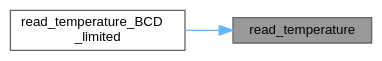
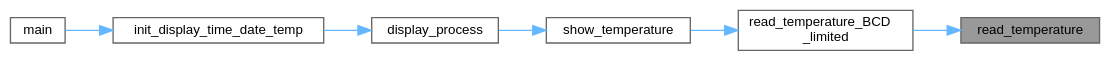
One commit to Ghaadyy/elevator-controller changed the diagram in dev/tempr_8c_aed59bb30213aec95f169ab0215d017a3_icgraph.dot. Above: the diagram before and after it, drawn with Graphviz. The commit also changed 80 other files, not shown here.

```diff
--- a/dev/tempr_8c_aed59bb30213aec95f169ab0215d017a3_icgraph.dot
+++ b/dev/tempr_8c_aed59bb30213aec95f169ab0215d017a3_icgraph.dot
@@ -1,11 +1,19 @@
 digraph "read_temperature"
 {
  // LATEX_PDF_SIZE
   bgcolor="transparent";
   edge [fontname=Helvetica,fontsize=10,labelfontname=Helvetica,labelfontsize=10];
   node [fontname=Helvetica,fontsize=10,shape=box,height=0.2,width=0.4];
   rankdir="RL";
   Node1 [id="Node000001",label="read_temperature",height=0.2,width=0.4,color="gray40", fillcolor="grey60", style="filled", fontcolor="black",tooltip="Get the temperature."];
   Node1 -> Node2 [id="edge1_Node000001_Node000002",dir="back",color="steelblue1",style="solid",tooltip=" "];
   Node2 [id="Node000002",label="read_temperature_BCD\l_limited",height=0.2,width=0.4,color="grey40", fillcolor="white", style="filled",URL="$tempr_8c.html#ae4bae2d28c2da41a357799d6387d0eaa",tooltip="Get the temperature in BCD format limited to 2 digits."];
+  Node2 -> Node3 [id="edge2_Node000002_Node000003",dir="back",color="steelblue1",style="solid",tooltip=" "];
+  Node3 [id="Node000003",label="show_temperature",height=0.2,width=0.4,color="grey40", fillcolor="white", style="filled",URL="$display__time__date__temp_8c.html#aedcec35a740c8a26d4d07a7e0e80ba14",tooltip="Display the current temperature in (TT dC) format."];
+  Node3 -> Node4 [id="edge3_Node000003_Node000004",dir="back",color="steelblue1",style="solid",tooltip=" "];
+  Node4 [id="Node000004",label="display_process",height=0.2,width=0.4,color="grey40", fillcolor="white", style="filled",URL="$display__time__date__temp_8c.html#a623676cea54e765bc09b0150f9f11ee3",tooltip="Task that cycles through and displays time, date, and temperature."];
+  Node4 -> Node5 [id="edge4_Node000004_Node000005",dir="back",color="steelblue1",style="solid",tooltip=" "];
+  Node5 [id="Node000005",label="init_display_time_date_temp",height=0.2,width=0.4,color="grey40", fillcolor="white", style="filled",URL="$display__time__date__temp_8c.html#a08d88c70d567692f6f4900a3842eda5a",tooltip="Initialize and start the task."];
+  Node5 -> Node6 [id="edge5_Node000005_Node000006",dir="back",color="steelblue1",style="solid",tooltip=" "];
+  Node6 [id="Node000006",label="main",height=0.2,width=0.4,color="grey40", fillcolor="white", style="filled",URL="$main_8c.html#acdef7a1fd863a6d3770c1268cb06add3",tooltip=" "];
 }
```
